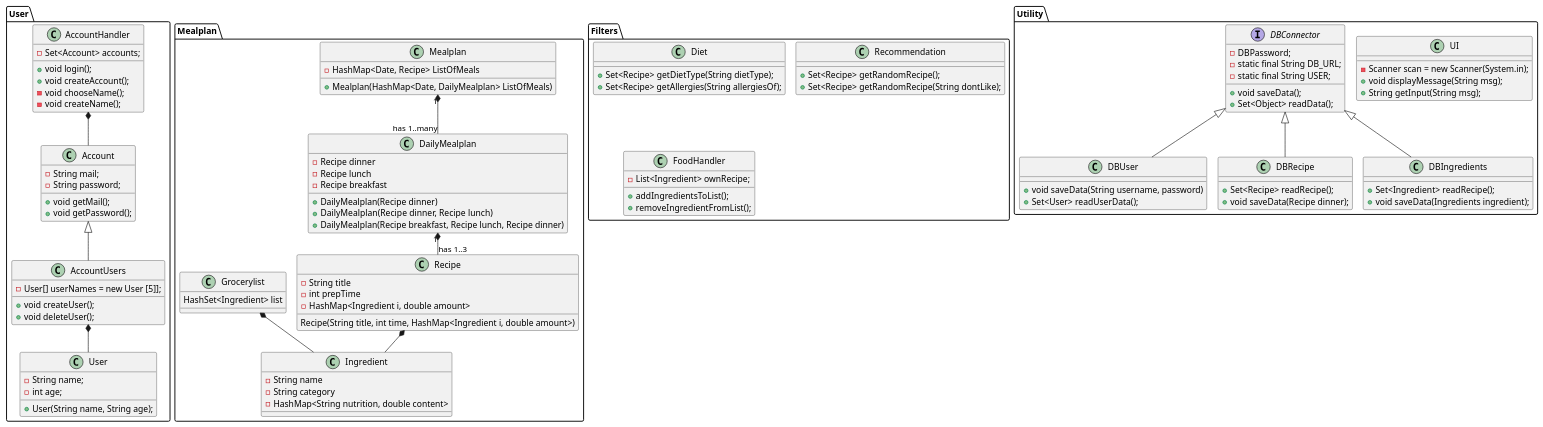
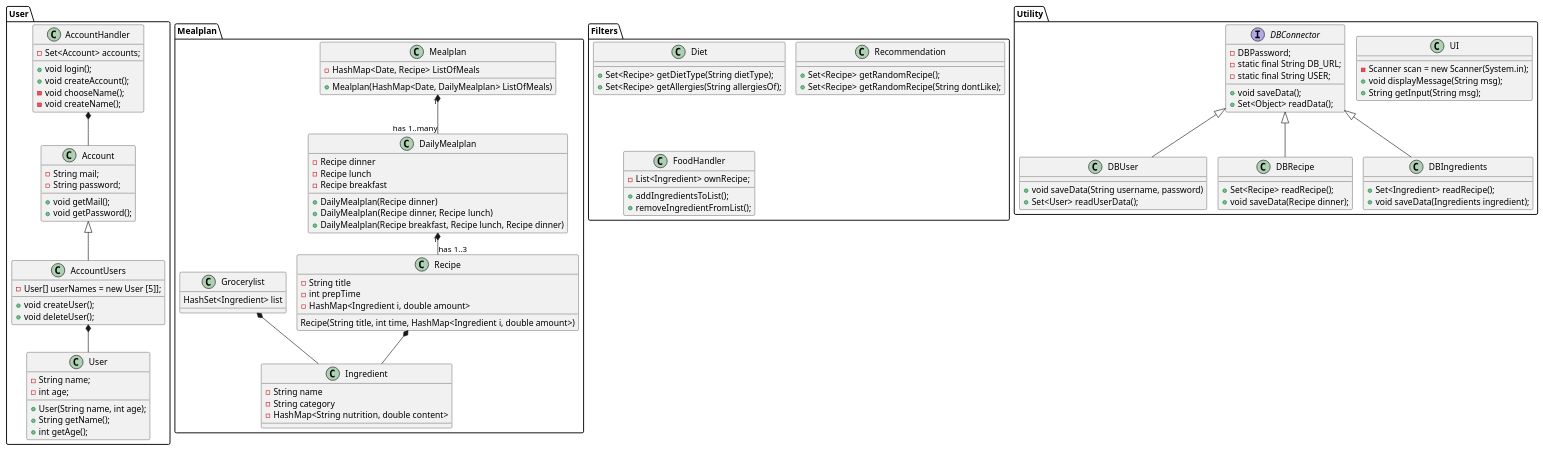
The diagram in Documents/Class Diagram.puml (lassekh/ICE), drawn with PlantUML before and after one commit.

```diff
--- a/Documents/Class Diagram.puml
+++ b/Documents/Class Diagram.puml
@@ -1,135 +1,137 @@
 @startuml
 'https://plantuml.com/class-diagram
 !pragma layout smetana
 
 Package User{
 class Account
 class AccountUsers
 class AccountHandler
 class User
 
 'Label on relations
 Account <|-- AccountUsers
 AccountHandler *-- Account
 AccountUsers *-- User
 
 'Methods and attributes
 Account : - String mail;
 Account : - String password;
 Account : + void getMail();
 Account : + void getPassword();
 
 AccountUsers : - User[] userNames = new User [5]];
 AccountUsers : + void createUser();
 AccountUsers : + void deleteUser();
 
 AccountHandler : + void login();
 AccountHandler : + void createAccount();
 AccountHandler : - Set<Account> accounts;
 AccountHandler : - void chooseName();
 AccountHandler : - void createName();
 
 User : - String name;
 User : - int age;
-User : + User(String name, String age);
+User : + User(String name, int age);
+User : + String getName();
+User : + int getAge();
 
 }
 
 Package Mealplan{
 class Mealplan
 Mealplan : - HashMap<Date, Recipe> ListOfMeals
 Mealplan : + Mealplan(HashMap<Date, DailyMealplan> ListOfMeals)
 
 class DailyMealplan
 DailyMealplan : - Recipe dinner
 DailyMealplan : - Recipe lunch
 DailyMealplan : - Recipe breakfast
 DailyMealplan : + DailyMealplan(Recipe dinner)
 DailyMealplan : + DailyMealplan(Recipe dinner, Recipe lunch)
 DailyMealplan : + DailyMealplan(Recipe breakfast, Recipe lunch, Recipe dinner)
 
 class Recipe
 Recipe : - String title
 Recipe : - int prepTime
 Recipe : - HashMap<Ingredient i, double amount>
 Recipe : Recipe(String title, int time, HashMap<Ingredient i, double amount>)
 
 class Ingredient
 Ingredient : - String name
 Ingredient : - String category
 Ingredient : - HashMap<String nutrition, double content>
 
 class Grocerylist
 Grocerylist : HashSet<Ingredient> list
 
 'Label on relations
 Mealplan "1" *-- "has 1..many" DailyMealplan
 DailyMealplan "1" *-- "has 1..3" Recipe
 Recipe *-- Ingredient
 Grocerylist *-- Ingredient
 }
 
 Package Filters{
 class Diet
 'behøves felter vedr. diæt typer?
 'Diet : - String lowCarb;
 'Diet : - String keto;
 
 Diet : + Set<Recipe> getDietType(String dietType);
 Diet : + Set<Recipe> getAllergies(String allergiesOf);
 'evt i fremtiden en liste hvor begge kriterier indgår
 
 class Recommendation
 Recommendation : + Set<Recipe> getRandomRecipe();
 Recommendation : + Set<Recipe> getRandomRecipe(String dontLike);
 
 class FoodHandler
 FoodHandler : - List<Ingredient> ownRecipe;
 FoodHandler : + addIngredientsToList();
 FoodHandler : + removeIngredientFromList();
 
 }
 
 
 
 Package Utility{
 'class IO
 class UI
 interface DBConnector
 class DBUser
 class DBRecipe
 class DBIngredients
 
 
 UI : - Scanner scan = new Scanner(System.in);
 UI : + void displayMessage(String msg);
 UI : + String getInput(String msg);
 
 DBConnector : - DBPassword;
 DBConnector : - static final String DB_URL;
 DBConnector : - static final String USER;
 DBConnector : + void saveData();
 DBConnector : + Set<Object> readData();
 
 DBUser : + void saveData(String username, password)
 DBUser : + Set<User> readUserData();
 
 DBRecipe : + Set<Recipe> readRecipe();
 DBRecipe : + void saveData(Recipe dinner);
 
 DBIngredients : + Set<Ingredient> readRecipe();
 DBIngredients : + void saveData(Ingredients ingredient);
 
 }
 
 
 'Label on relations
 DBConnector <|-- DBUser
 DBConnector <|-- DBRecipe
 DBConnector <|-- DBIngredients
 
 'User *-- Grocerylist
 'Recipe *-- Diet
 'Recipe *-- DBConnector
 'Ingredient *-- DBConnector
 @enduml
```
